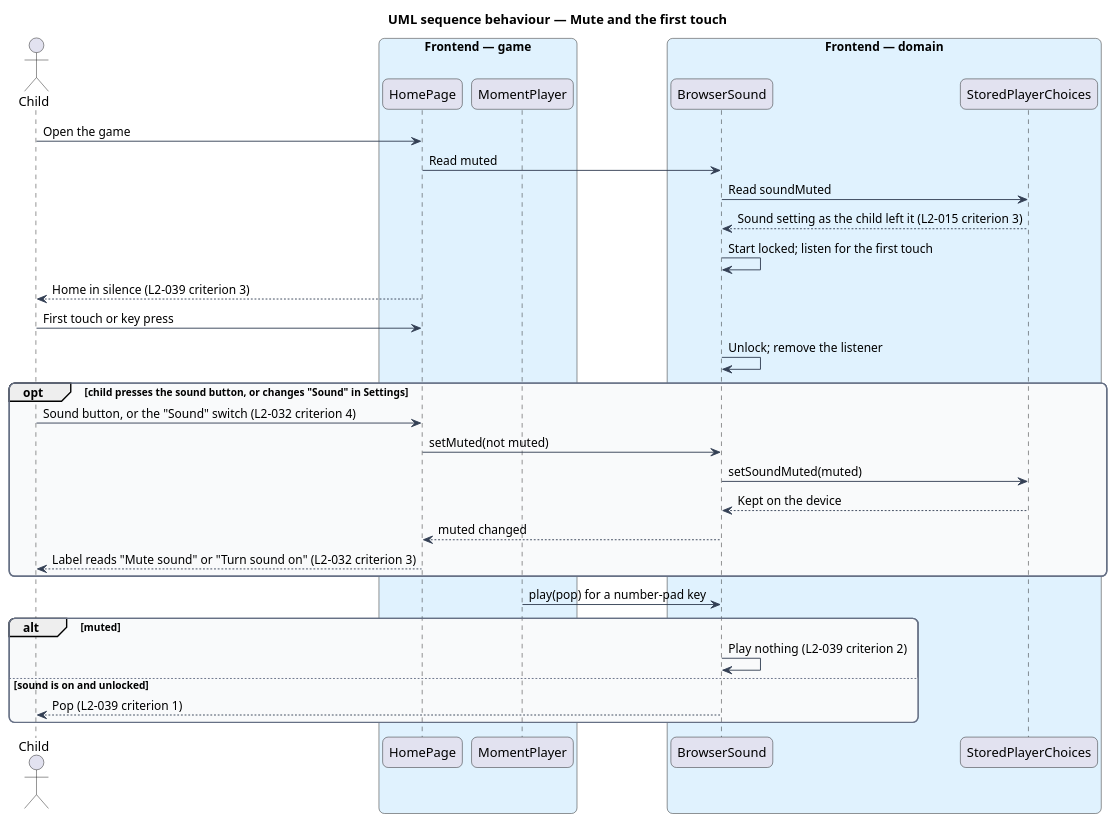
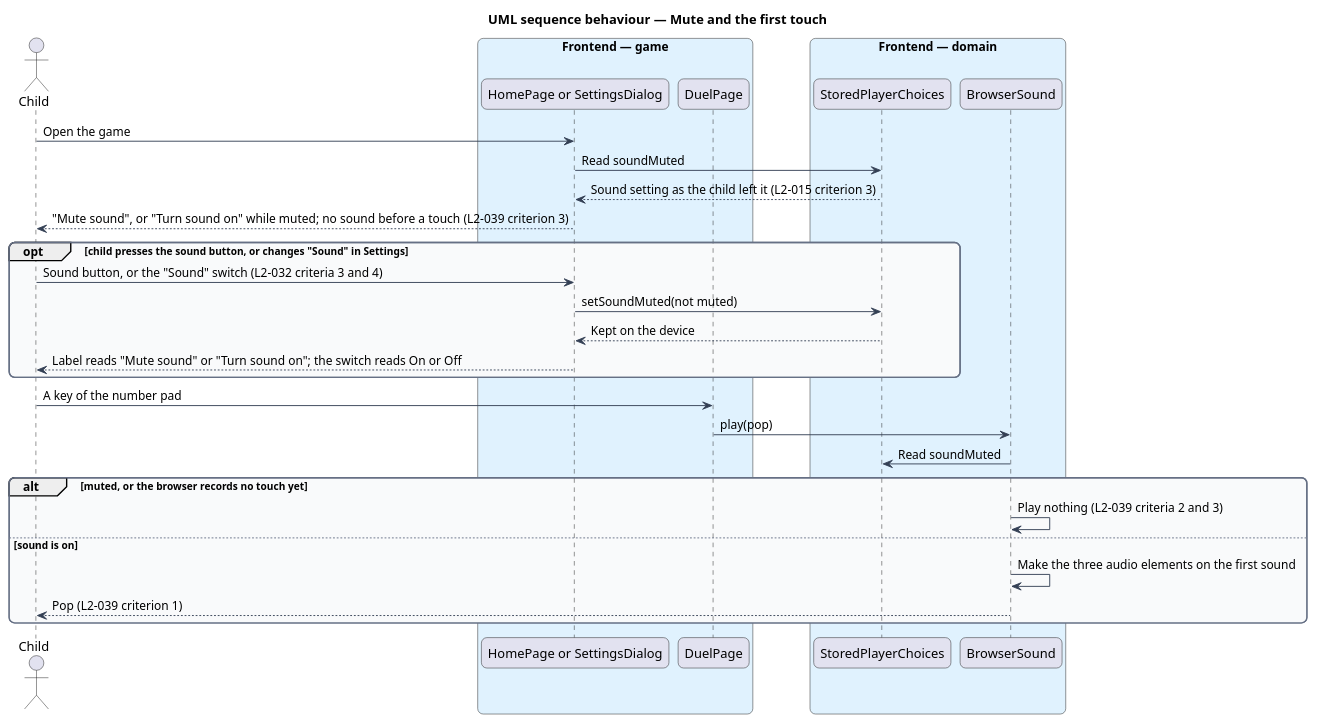
The diagram in docs/detailed-designs/classroom/play-motion-and-sound/diagrams/sequence-mute-and-first-touch.puml (QuinntyneBrown/around-the-world), drawn with PlantUML before and after one commit. The commit also changed 25 other files, not shown here.

First line of the commit message:
Decide how motion and sound play: the fade token, the sounds and the mute

```diff
--- a/docs/detailed-designs/classroom/play-motion-and-sound/diagrams/sequence-mute-and-first-touch.puml
+++ b/docs/detailed-designs/classroom/play-motion-and-sound/diagrams/sequence-mute-and-first-touch.puml
@@ -1,48 +1,45 @@
 @startuml
 title UML sequence behaviour — Mute and the first touch
 skinparam backgroundColor #FFFFFF
 skinparam shadowing false
 skinparam roundcorner 12
 skinparam defaultFontName Arial
 skinparam ArrowColor #344054
 skinparam rectangle {
   BorderColor #344054
   FontColor #101828
 }
 skinparam package {
   BorderColor #667085
   FontColor #101828
   BackgroundColor #F9FAFB
 }
 actor "Child" as actor
 box "Frontend — game" #E0F2FE
-  participant "HomePage" as home
-  participant "MomentPlayer" as player
+  participant "HomePage or SettingsDialog" as home
+  participant "DuelPage" as duel
 end box
 box "Frontend — domain" #E0F2FE
+  participant "StoredPlayerChoices" as choices
   participant "BrowserSound" as sound
-  participant "StoredPlayerChoices" as choices
 end box
 actor -> home : Open the game
-home -> sound : Read muted
+home -> choices : Read soundMuted
+choices --> home : Sound setting as the child left it (L2-015 criterion 3)
+home --> actor : "Mute sound", or "Turn sound on" while muted; no sound before a touch (L2-039 criterion 3)
+opt child presses the sound button, or changes "Sound" in Settings
+  actor -> home : Sound button, or the "Sound" switch (L2-032 criteria 3 and 4)
+  home -> choices : setSoundMuted(not muted)
+  choices --> home : Kept on the device
+  home --> actor : Label reads "Mute sound" or "Turn sound on"; the switch reads On or Off
+end
+actor -> duel : A key of the number pad
+duel -> sound : play(pop)
 sound -> choices : Read soundMuted
-choices --> sound : Sound setting as the child left it (L2-015 criterion 3)
-sound -> sound : Start locked; listen for the first touch
-home --> actor : Home in silence (L2-039 criterion 3)
-actor -> home : First touch or key press
-sound -> sound : Unlock; remove the listener
-opt child presses the sound button, or changes "Sound" in Settings
-  actor -> home : Sound button, or the "Sound" switch (L2-032 criterion 4)
-  home -> sound : setMuted(not muted)
-  sound -> choices : setSoundMuted(muted)
-  choices --> sound : Kept on the device
-  sound --> home : muted changed
-  home --> actor : Label reads "Mute sound" or "Turn sound on" (L2-032 criterion 3)
-end
-player -> sound : play(pop) for a number-pad key
-alt muted
-  sound -> sound : Play nothing (L2-039 criterion 2)
-else sound is on and unlocked
+alt muted, or the browser records no touch yet
+  sound -> sound : Play nothing (L2-039 criteria 2 and 3)
+else sound is on
+  sound -> sound : Make the three audio elements on the first sound
   sound --> actor : Pop (L2-039 criterion 1)
 end
 @enduml
```
